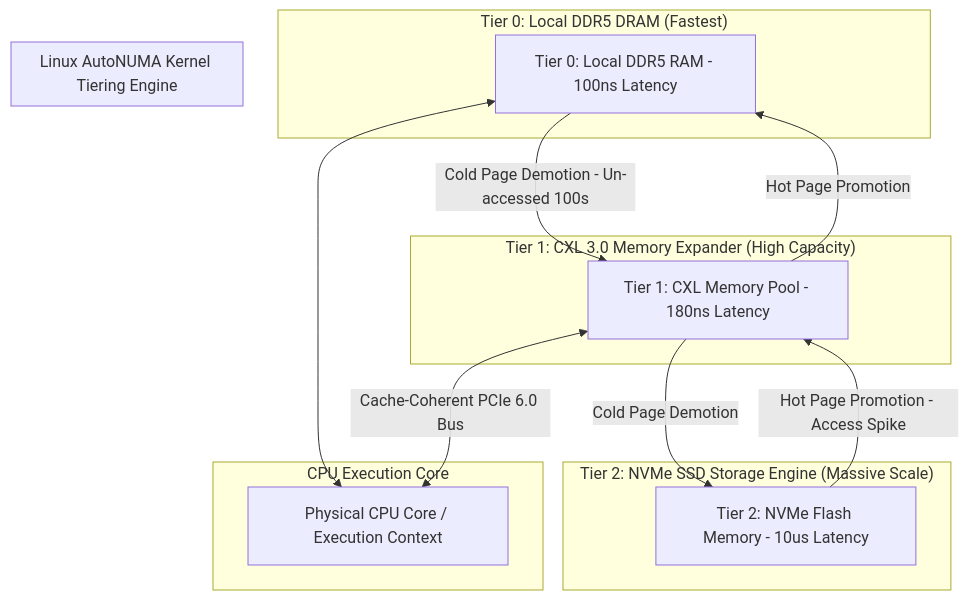
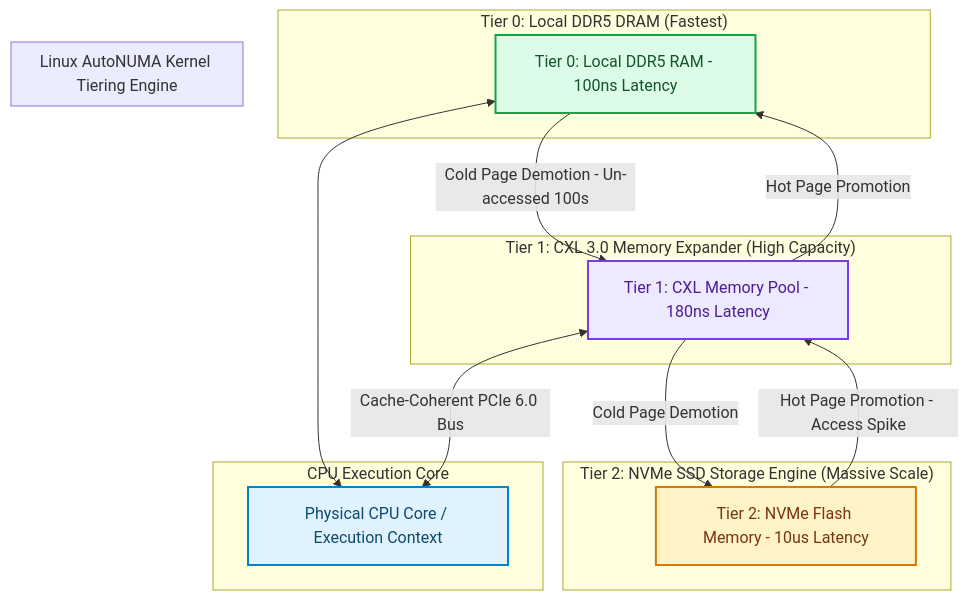
The diagram in blog/posts/heterogeneous-memory-tiering-cxl-nvme-dram-caching.md (akmalkhaniub/akmalkhaniub.github.io), drawn with Mermaid before and after one commit. The commit also changed other lines of this file and 1291 other files, not shown here.

First line of the commit message:
feat(catalog): unique covers, scholarly references, and diagram palettes

````diff
--- a/blog/posts/heterogeneous-memory-tiering-cxl-nvme-dram-caching.md
+++ b/blog/posts/heterogeneous-memory-tiering-cxl-nvme-dram-caching.md
@@ -21,25 +21,35 @@
 ```mermaid
 flowchart TD
   subgraph SG1_CpuExecutionCore ["CPU Execution Core"]
-    CPUCore[Physical CPU Core / Execution Context]
+    CPUCore["Physical CPU Core / Execution Context"]
   end
   
   subgraph SG2_Tier0Local ["Tier 0: Local DDR5 DRAM (Fastest)"]
-    DRAM[Tier 0: Local DDR5 RAM - 100ns Latency] <--> CPUCore
+    DRAM["Tier 0: Local DDR5 RAM - 100ns Latency"] <--> CPUCore
   end
   
   subgraph SG3_Tier1Cxl ["Tier 1: CXL 3.0 Memory Expander (High Capacity)"]
-    CXL[Tier 1: CXL Memory Pool - 180ns Latency] <-->|Cache-Coherent PCIe 6.0 Bus| CPUCore
+    CXL["Tier 1: CXL Memory Pool - 180ns Latency"] <-->|Cache-Coherent PCIe 6.0 Bus| CPUCore
   end
   
   subgraph SG4_Tier2Nvme ["Tier 2: NVMe SSD Storage Engine (Massive Scale)"]
-    NVMe[Tier 2: NVMe Flash Memory - 10us Latency]
+    NVMe["Tier 2: NVMe Flash Memory - 10us Latency"]
   end
   
   subgraph SG5_LinuxAutonumaKernel ["Linux AutoNUMA Kernel Tiering Engine"]
     DRAM -->|Cold Page Demotion - Un-accessed 100s| CXL
     CXL -->|Cold Page Demotion| NVMe
     NVMe -->|Hot Page Promotion - Access Spike| CXL
     CXL -->|Hot Page Promotion| DRAM
   end
+
+classDef green fill:#dcfce7,stroke:#16a34a,stroke-width:2px,color:#14532d;
+classDef red fill:#fee2e2,stroke:#dc2626,stroke-width:2px,color:#7f1d1d;
+classDef blue fill:#e0f2fe,stroke:#0284c7,stroke-width:2px,color:#0c4a6e;
+classDef yellow fill:#fef3c7,stroke:#d97706,stroke-width:2px,color:#78350f;
+classDef purple fill:#ede9fe,stroke:#7c3aed,stroke-width:2px,color:#4c1d95;
+class CPUCore blue
+class DRAM green
+class CXL purple
+class NVMe yellow
 ```
````
